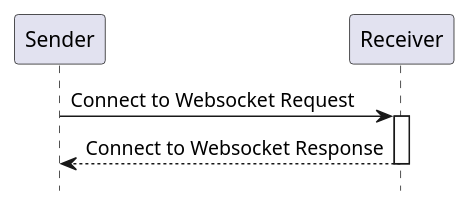
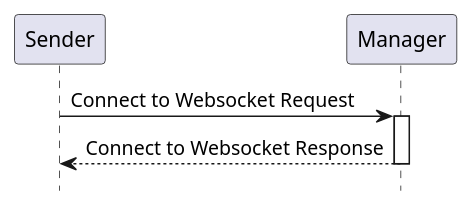
Before and after one commit to IHE/RAD.IRA: the diagram in input/images-source/rad-x2-seq.plantuml, drawn with PlantUML. The commit also changed 1 other file, not shown here.

```diff
--- a/input/images-source/rad-x2-seq.plantuml
+++ b/input/images-source/rad-x2-seq.plantuml
@@ -1,13 +1,13 @@
 @startuml
 
 hide footbox
 
 participant "Sender" as Sender
-participant "Receiver" as Receiver
+participant "Manager" as Manager
 
-Sender->Receiver: Connect to Websocket Request
-activate Receiver
-Receiver-->Sender: Connect to Websocket Response
-deactivate Receiver
+Sender->Manager: Connect to Websocket Request
+activate Manager
+Manager-->Sender: Connect to Websocket Response
+deactivate Manager
 
 @enduml
```
